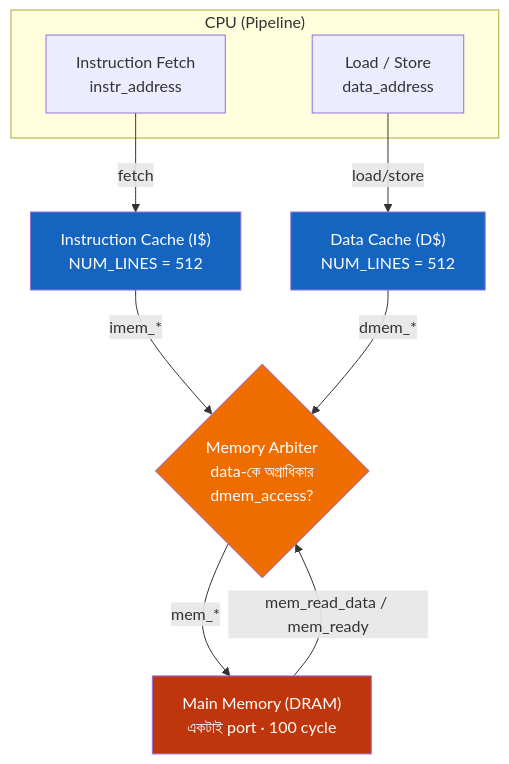
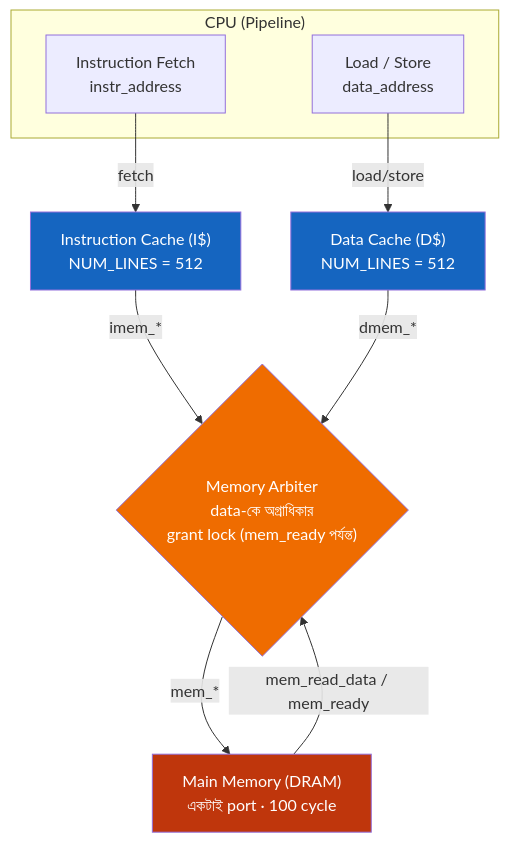
The fifth of 5 diagrams in chapters/Chapter_18_Memory_Hierarchy.md (akram02/build-your-own-processor), drawn with Mermaid before and after one commit. The commit also changed other lines of this file and 3 other files, not shown here.

````diff
--- a/chapters/Chapter_18_Memory_Hierarchy.md
+++ b/chapters/Chapter_18_Memory_Hierarchy.md
@@ -734,23 +778,23 @@
 ```mermaid
 flowchart TB
     subgraph CPU["CPU (Pipeline)"]
         IF["Instruction Fetch<br/>instr_address"]
         LS["Load / Store<br/>data_address"]
     end
 
     IF -->|fetch| IC["Instruction Cache (I$)<br/>NUM_LINES = 512"]
     LS -->|load/store| DC["Data Cache (D$)<br/>NUM_LINES = 512"]
 
-    IC -->|imem_*| ARB{"Memory Arbiter<br/>data-কে অগ্রাধিকার<br/>dmem_access?"}
+    IC -->|imem_*| ARB{"Memory Arbiter<br/>data-কে অগ্রাধিকার<br/>grant lock (mem_ready পর্যন্ত)"}
     DC -->|dmem_*| ARB
 
     ARB -->|mem_*| MM["Main Memory (DRAM)<br/>একটাই port · 100 cycle"]
     MM -->|mem_read_data / mem_ready| ARB
 
     classDef cache fill:#1565c0,color:#fff
     classDef arb fill:#ef6c00,color:#fff
     classDef mem fill:#bf360c,color:#fff
     class IC,DC cache
     class ARB arb
     class MM mem
 ```
````
